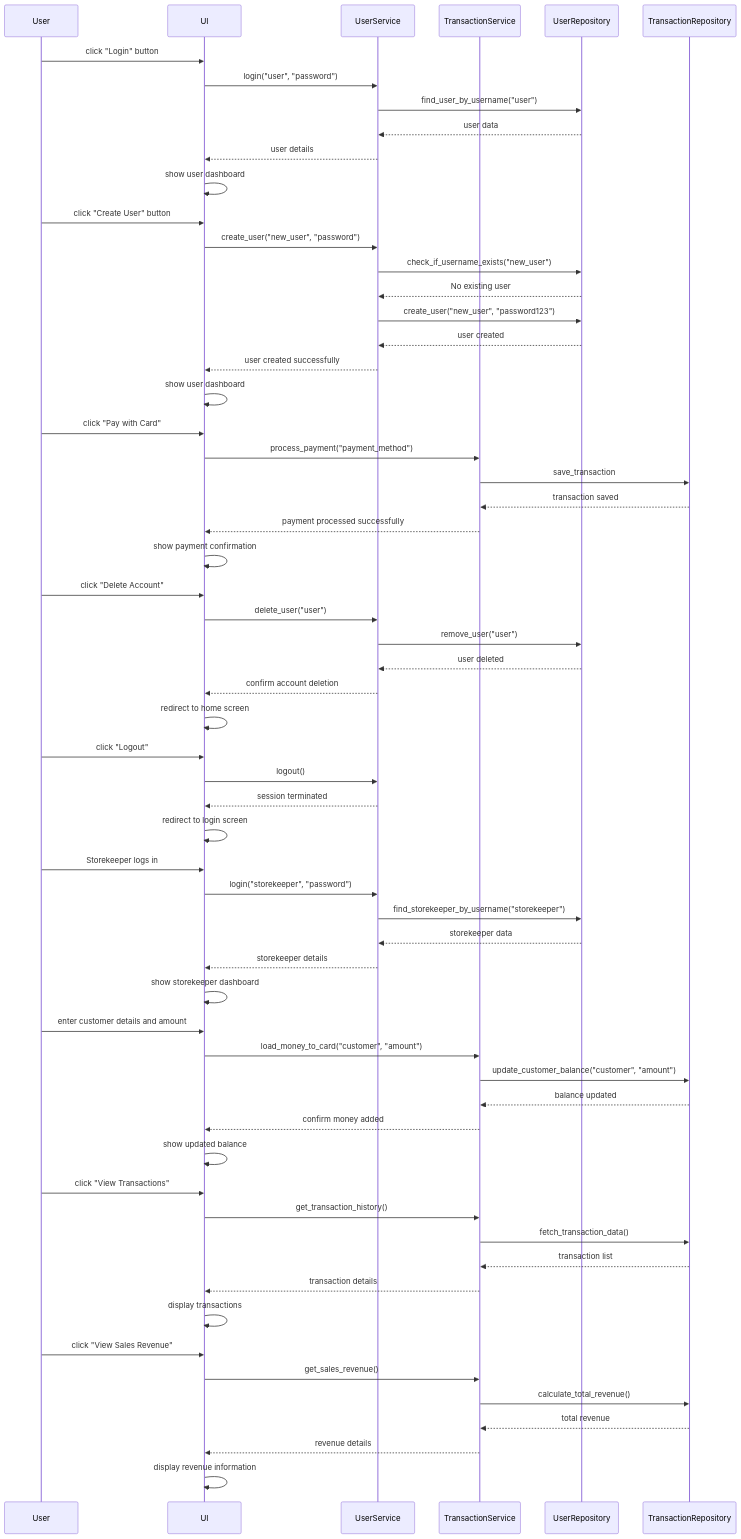
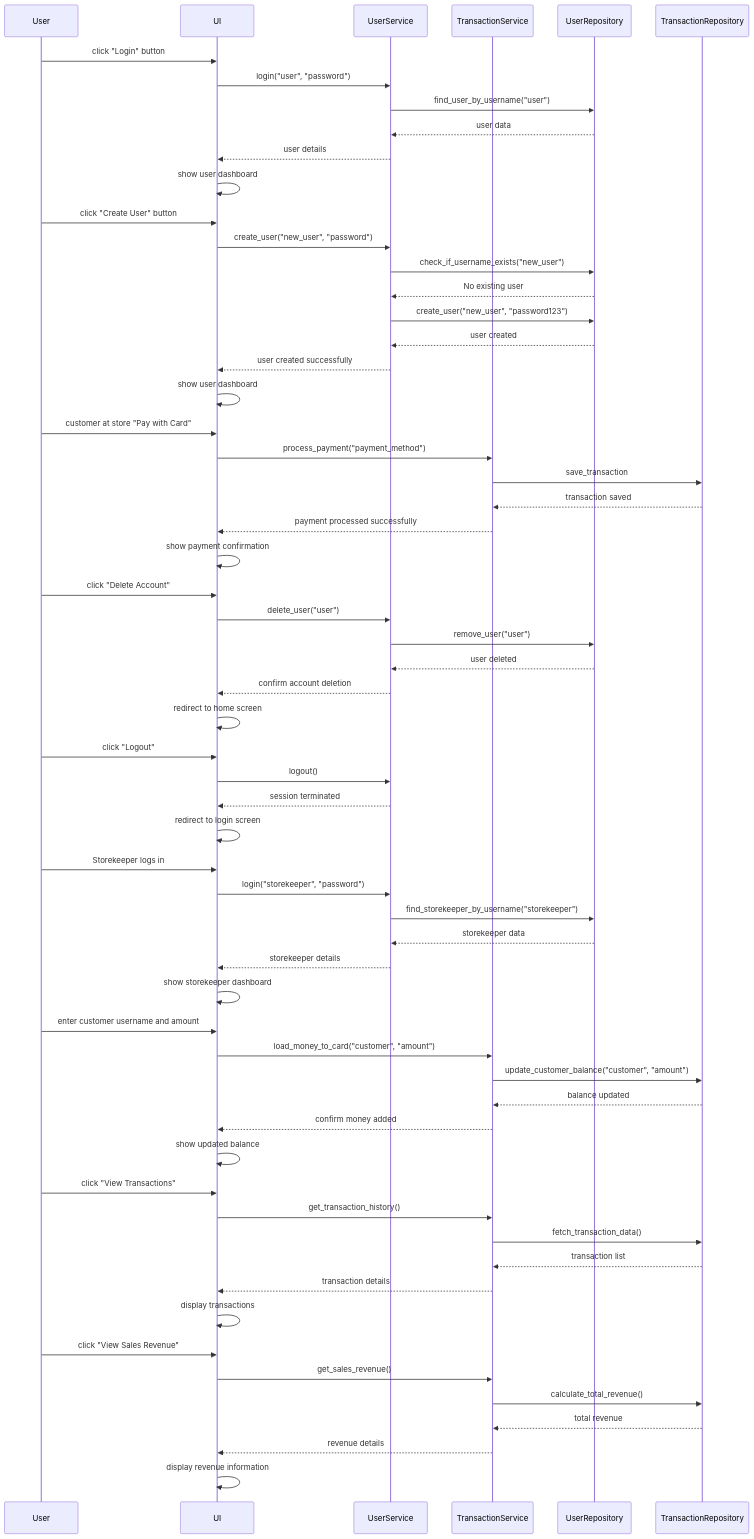
The second of 2 diagrams in dokumentaatio/architecture.md (xiongxiaowen/ot-harjoitustyo), drawn with Mermaid before and after one commit. The commit also changed other lines of this file and 3 other files, not shown here.

Commit message:
updated architecture diagrams and changelog

```diff
--- a/dokumentaatio/architecture.md
+++ b/dokumentaatio/architecture.md
@@ -130,7 +139,7 @@
 
 
   %% Transaction Process
-  User->>UI: click "Pay with Card"
+  User->>UI: customer at store "Pay with Card"
   UI->>TransactionService: process_payment("payment_method")
   TransactionService->>TransactionRepository: save_transaction
   TransactionRepository-->>TransactionService: transaction saved
@@ -164,7 +173,7 @@
 
 
   %% Storekeeper Loads Money to Customer Card
-  User->>UI: enter customer details and amount
+  User->>UI: enter customer username and amount
   UI->>TransactionService: load_money_to_card("customer", "amount")
   TransactionService->>TransactionRepository: update_customer_balance("customer", "amount")
   TransactionRepository-->>TransactionService: balance updated
```
